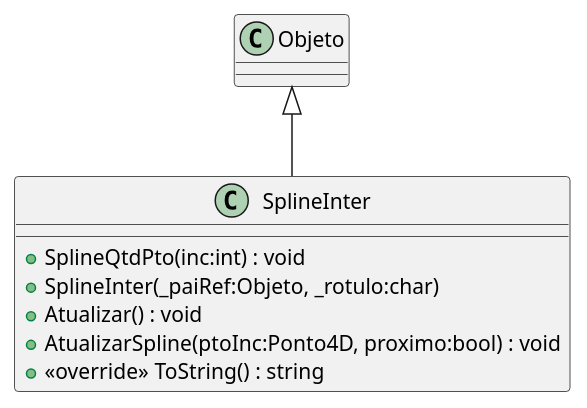
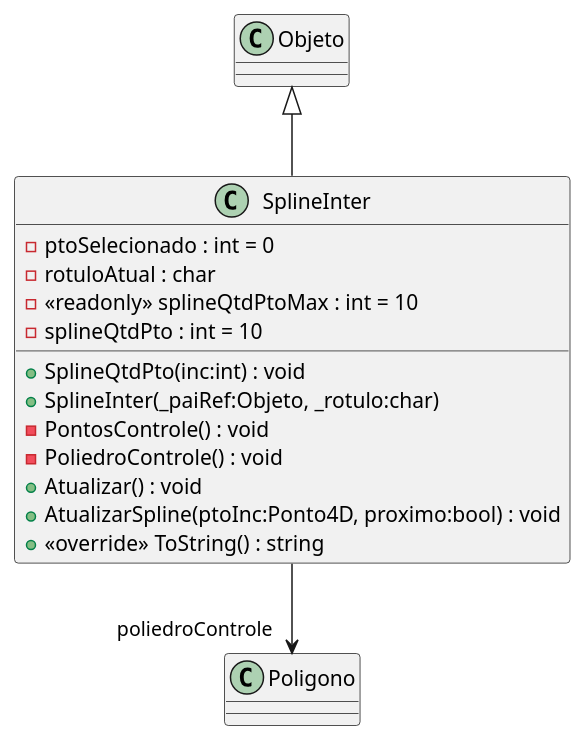
The diagram in Unidade2/CG_N2_Exemplo/plantuml/SplineInter.puml (majutestoni/disciplina_CG_2025_1), drawn with PlantUML before and after one commit. The commit also changed 181 other files, not shown here.

```diff
--- a/Unidade2/CG_N2_Exemplo/plantuml/SplineInter.puml
+++ b/Unidade2/CG_N2_Exemplo/plantuml/SplineInter.puml
@@ -1,10 +1,17 @@
 @startuml SplineInter
 class SplineInter {
+    - ptoSelecionado : int = 0
+    - rotuloAtual : char
+    - <<readonly>> splineQtdPtoMax : int = 10
+    - splineQtdPto : int = 10
     + SplineQtdPto(inc:int) : void
     + SplineInter(_paiRef:Objeto, _rotulo:char)
+    - PontosControle() : void
+    - PoliedroControle() : void
     + Atualizar() : void
     + AtualizarSpline(ptoInc:Ponto4D, proximo:bool) : void
     + <<override>> ToString() : string
 }
 Objeto <|-- SplineInter
+SplineInter --> "poliedroControle" Poligono
 @enduml
```
